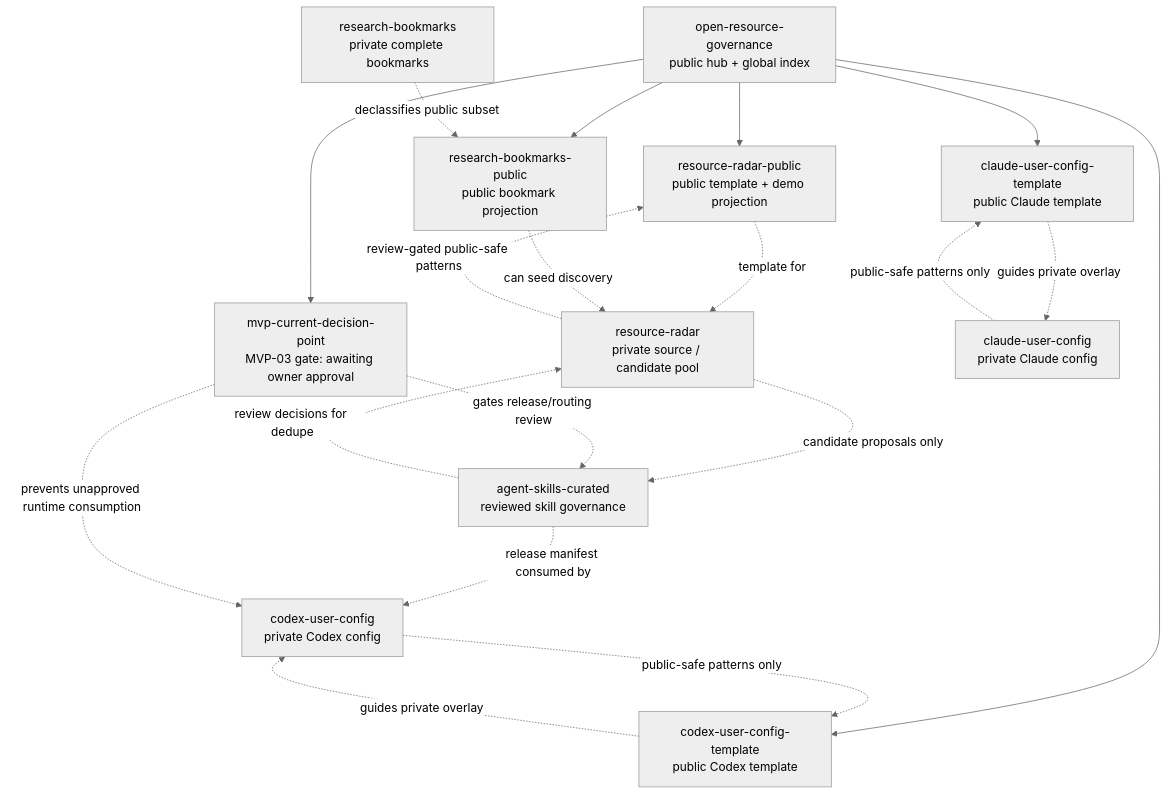
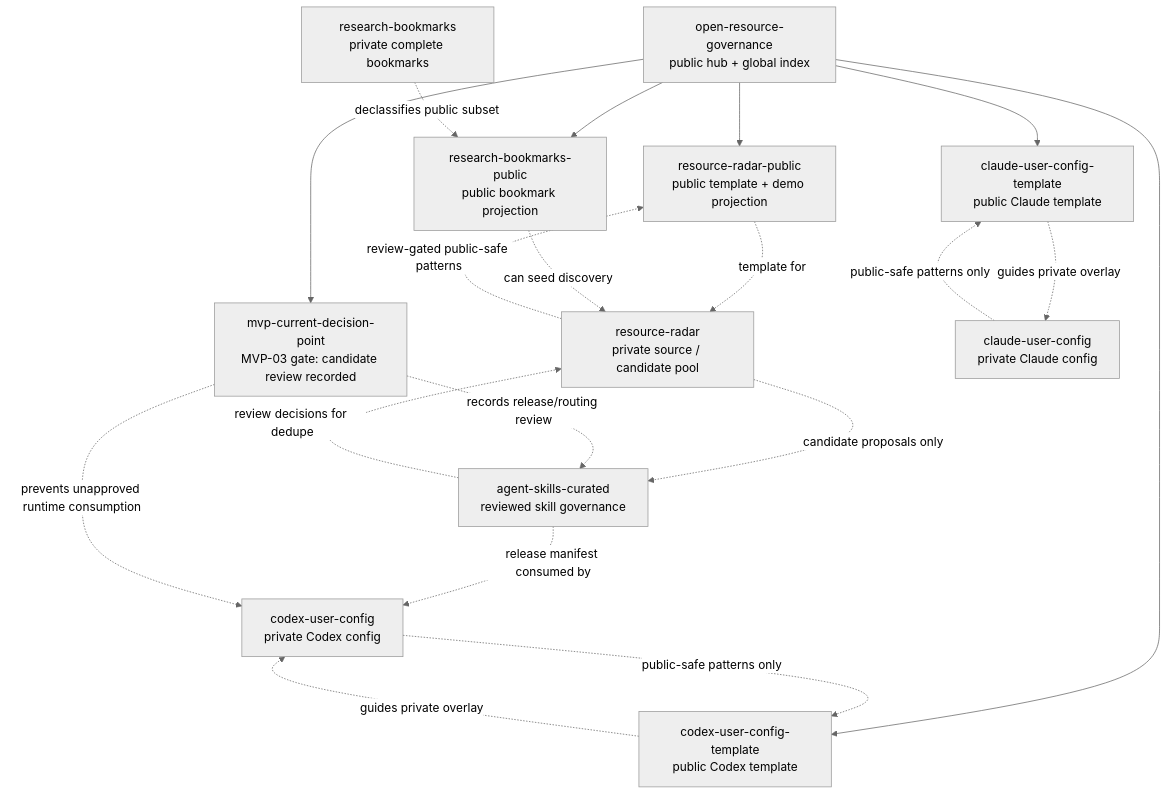
Before and after one commit to yiheng8023/open-resource-governance: the diagram in docs/system-topology.md, drawn with Mermaid (neutral theme). The commit also changed other lines of this file and 15 other files, not shown here.

Commit message:
Record MVP-03 review in governance hub

````diff
--- a/docs/system-topology.md
+++ b/docs/system-topology.md
@@ -59,41 +60,41 @@
 ```mermaid
 flowchart TD
   hub["open-resource-governance<br/>public hub + global index"]
 
   radarPrivate["resource-radar<br/>private source / candidate pool"]
   radarPublic["resource-radar-public<br/>public template + demo projection"]
 
   bookmarksPrivate["research-bookmarks<br/>private complete bookmarks"]
   bookmarksPublic["research-bookmarks-public<br/>public bookmark projection"]
 
   skills["agent-skills-curated<br/>reviewed skill governance"]
-  mvpGate["mvp-current-decision-point<br/>MVP-03 gate: awaiting owner approval"]
+  mvpGate["mvp-current-decision-point<br/>MVP-03 gate: candidate review recorded"]
 
   codexTemplate["codex-user-config-template<br/>public Codex template"]
   codexPrivate["codex-user-config<br/>private Codex config"]
   claudeTemplate["claude-user-config-template<br/>public Claude template"]
   claudePrivate["claude-user-config<br/>private Claude config"]
 
   hub --> radarPublic
   hub --> bookmarksPublic
   hub --> codexTemplate
   hub --> claudeTemplate
   hub --> mvpGate
 
   radarPublic -. "template for" .-> radarPrivate
   radarPrivate -. "review-gated public-safe patterns" .-> radarPublic
 
   bookmarksPrivate -. "declassifies public subset" .-> bookmarksPublic
   bookmarksPublic -. "can seed discovery" .-> radarPrivate
 
   radarPrivate -. "candidate proposals only" .-> skills
   skills -. "review decisions for dedupe" .-> radarPrivate
   skills -. "release manifest consumed by" .-> codexPrivate
-  mvpGate -. "gates release/routing review" .-> skills
+  mvpGate -. "records release/routing review" .-> skills
   mvpGate -. "prevents unapproved runtime consumption" .-> codexPrivate
 
   codexTemplate -. "guides private overlay" .-> codexPrivate
   codexPrivate -. "public-safe patterns only" .-> codexTemplate
   claudeTemplate -. "guides private overlay" .-> claudePrivate
   claudePrivate -. "public-safe patterns only" .-> claudeTemplate
 ```
````
